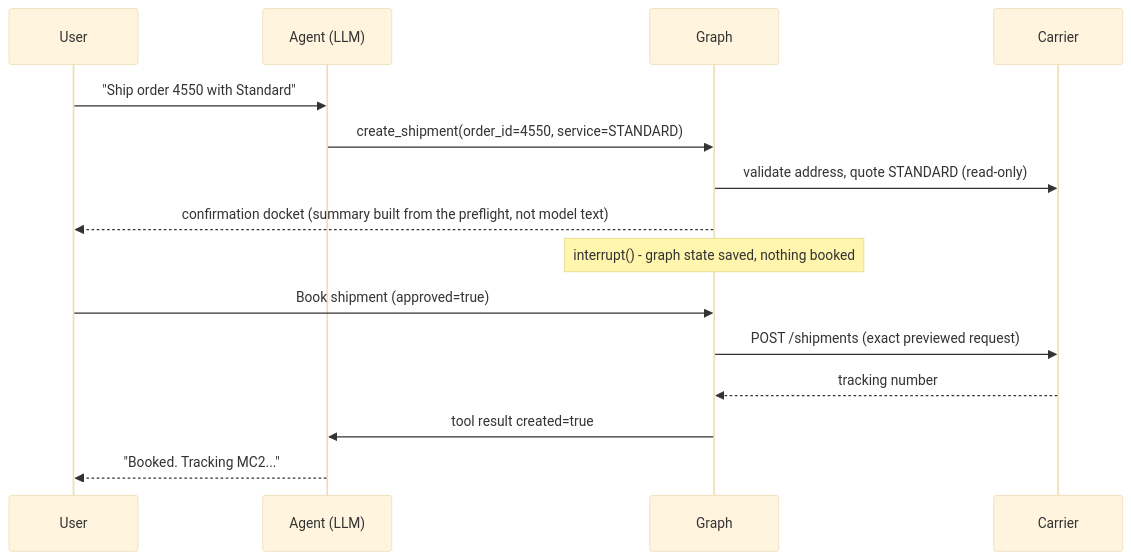
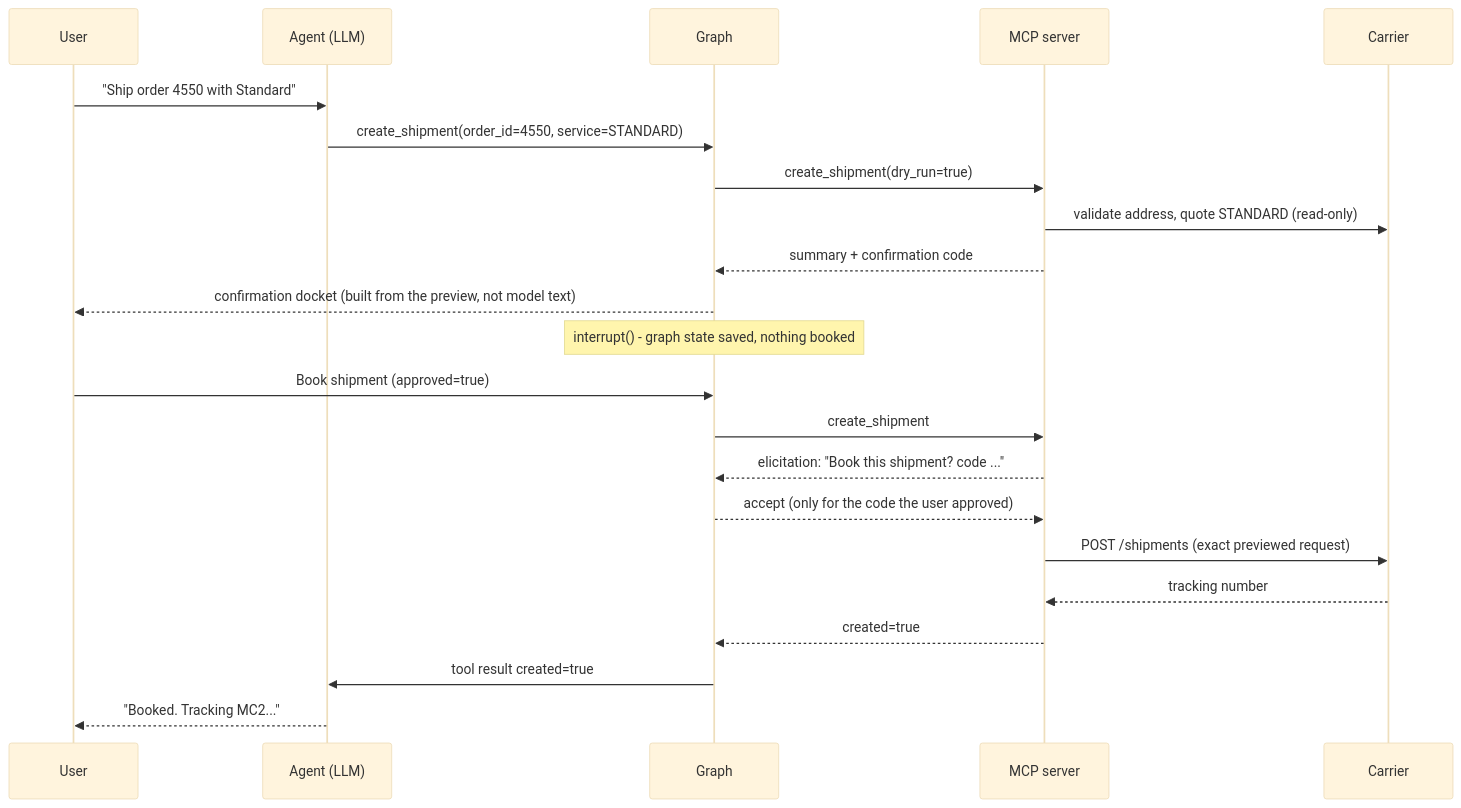
The second of 2 diagrams in README.md (ashfaque-work/shipment-ops-agent), drawn with Mermaid (base theme) before and after one commit. The commit also changed other lines of this file and 11 other files, not shown here.

````diff
--- a/README.md
+++ b/README.md
@@ -71,17 +74,24 @@
 ```mermaid
 sequenceDiagram
     participant U as User
     participant A as Agent (LLM)
     participant G as Graph
+    participant M as MCP server
     participant C as Carrier
     U->>A: "Ship order 4550 with Standard"
     A->>G: create_shipment(order_id=4550, service=STANDARD)
-    G->>C: validate address, quote STANDARD (read-only)
-    G-->>U: confirmation docket (summary built from the preflight, not model text)
+    G->>M: create_shipment(dry_run=true)
+    M->>C: validate address, quote STANDARD (read-only)
+    M-->>G: summary + confirmation code
+    G-->>U: confirmation docket (built from the preview, not model text)
     Note over G: interrupt() - graph state saved, nothing booked
     U->>G: Book shipment (approved=true)
-    G->>C: POST /shipments (exact previewed request)
-    C-->>G: tracking number
+    G->>M: create_shipment
+    M-->>G: elicitation: "Book this shipment? code ..."
+    G-->>M: accept (only for the code the user approved)
+    M->>C: POST /shipments (exact previewed request)
+    C-->>M: tracking number
+    M-->>G: created=true
     G->>A: tool result created=true
     A-->>U: "Booked. Tracking MC2..."
 ```
````
